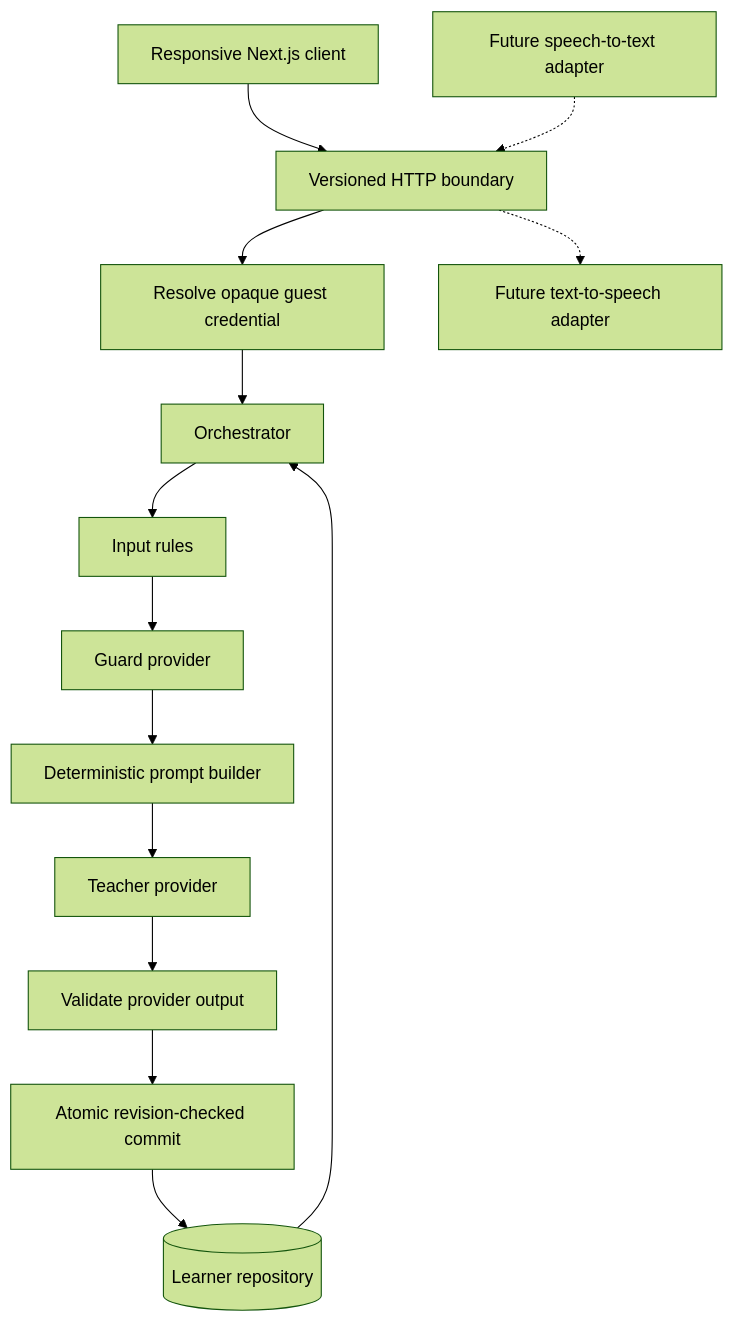
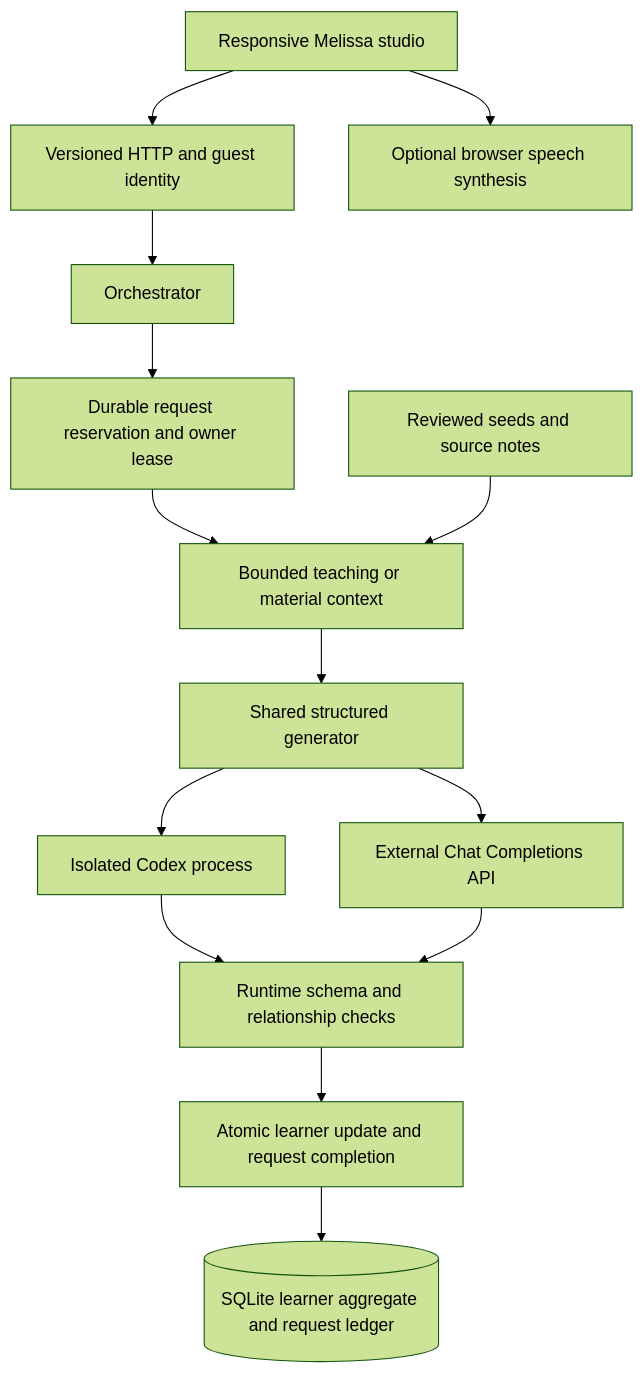
Before and after one commit to minexiangg-hue/Melissa: the diagram in docs/architecture.md, drawn with Mermaid (forest theme). The commit also changed other lines of this file and 96 other files, not shown here.

Commit message:
Build Melissa AI learning studio with original identity and generated lessons

````diff
--- a/docs/architecture.md
+++ b/docs/architecture.md
@@ -9,16 +11,16 @@
 ```mermaid
 flowchart TD
-  UI[Responsive Next.js client] --> HTTP[Versioned HTTP boundary]
-  HTTP --> ID[Resolve opaque guest credential]
-  ID --> ORCH[Orchestrator]
-  ORCH --> RULE[Input rules]
-  RULE --> GUARD[Guard provider]
-  GUARD --> PROMPT[Deterministic prompt builder]
-  PROMPT --> TEACHER[Teacher provider]
-  TEACHER --> VALIDATE[Validate provider output]
-  VALIDATE --> CAS[Atomic revision-checked commit]
-  CAS --> DB[(Learner repository)]
-  DB --> ORCH
-  STT[Future speech-to-text adapter] -.-> HTTP
-  HTTP -.-> TTS[Future text-to-speech adapter]
+  UI[Responsive Melissa studio] --> HTTP[Versioned HTTP and guest identity]
+  HTTP --> ORCH[Orchestrator]
+  ORCH --> LEASE[Durable request reservation and owner lease]
+  LEASE --> CONTEXT[Bounded teaching or material context]
+  KNOWLEDGE[Reviewed seeds and source notes] --> CONTEXT
+  CONTEXT --> GENERATE[Shared structured generator]
+  GENERATE --> CODEX[Isolated Codex process]
+  GENERATE --> API[External Chat Completions API]
+  CODEX --> VALIDATE[Runtime schema and relationship checks]
+  API --> VALIDATE
+  VALIDATE --> COMMIT[Atomic learner update and request completion]
+  COMMIT --> DB[(SQLite learner aggregate and request ledger)]
+  UI --> VOICE[Optional browser speech synthesis]
 ```
````
